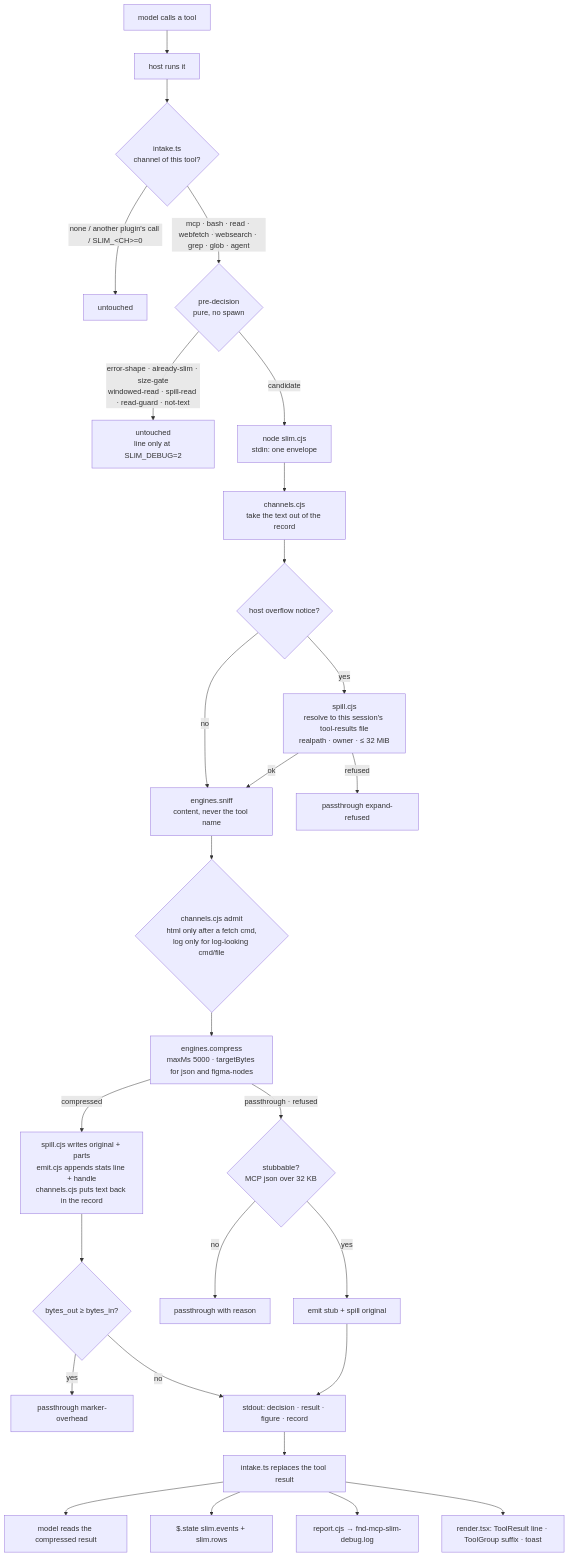
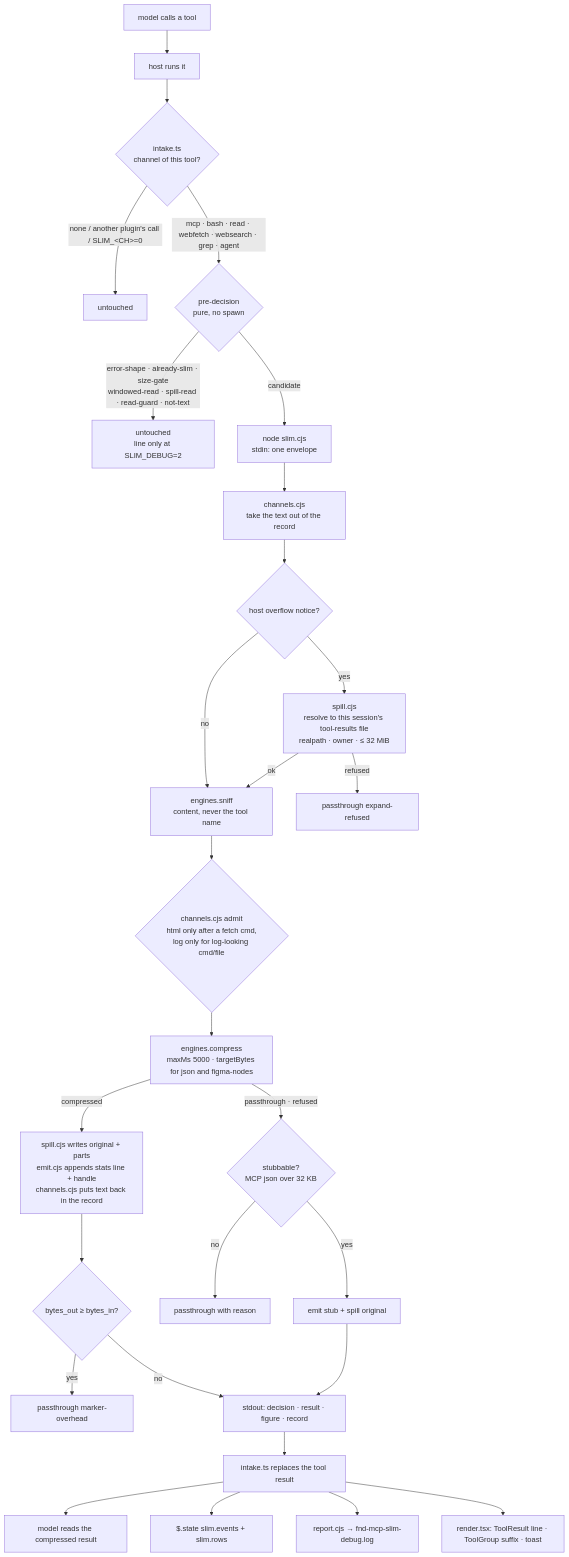
One commit to domaine-oleksandr-kever/claude-plugins changed the diagram in plugins/slim/ARCHITECTURE.md. Above: the diagram before and after it, drawn with Mermaid. The commit also changed other lines of this file and 34 other files, not shown here.

````diff
--- a/plugins/slim/ARCHITECTURE.md
+++ b/plugins/slim/ARCHITECTURE.md
@@ -91,30 +91,30 @@
 ```mermaid
 flowchart TD
   A[model calls a tool] --> B[host runs it]
   B --> C{intake.ts<br/>channel of this tool?}
   C -- none / another plugin's call / SLIM_&lt;CH&gt;=0 --> Z0[untouched]
-  C -- mcp · bash · read · webfetch · websearch · grep · glob · agent --> D{pre-decision<br/>pure, no spawn}
+  C -- mcp · bash · read · webfetch · websearch · grep · agent --> D{pre-decision<br/>pure, no spawn}
   D -- error-shape · already-slim · size-gate<br/>windowed-read · spill-read · read-guard · not-text --> Z1[untouched<br/>line only at SLIM_DEBUG=2]
   D -- candidate --> E[node slim.cjs<br/>stdin: one envelope]
   E --> F[channels.cjs<br/>take the text out of the record]
   F --> G{host overflow notice?}
   G -- yes --> H[spill.cjs<br/>resolve to this session's tool-results file<br/>realpath · owner · ≤ 32 MiB]
   G -- no --> I
   H -- refused --> Z2[passthrough expand-refused]
   H -- ok --> I[engines.sniff<br/>content, never the tool name]
   I --> J{channels.cjs admit<br/>html only after a fetch cmd,<br/>log only for log-looking cmd/file}
   J --> K[engines.compress<br/>maxMs 5000 · targetBytes for json and figma-nodes]
   K -- passthrough · refused --> L{stubbable?<br/>MCP json over 32 KB}
   L -- yes --> M[emit stub + spill original]
   L -- no --> Z3[passthrough with reason]
   K -- compressed --> N[spill.cjs writes original + parts<br/>emit.cjs appends stats line + handle<br/>channels.cjs puts text back in the record]
   N --> O{bytes_out ≥ bytes_in?}
   O -- yes --> Z4[passthrough marker-overhead]
   O -- no --> P[stdout: decision · result · figure · record]
   M --> P
   P --> Q[intake.ts replaces the tool result]
   Q --> R1[model reads the compressed result]
   Q --> R2[$.state slim.events + slim.rows]
   Q --> R3[report.cjs → fnd-mcp-slim-debug.log]
   Q --> R4[render.tsx: ToolResult line · ToolGroup suffix · toast]
 ```
````
